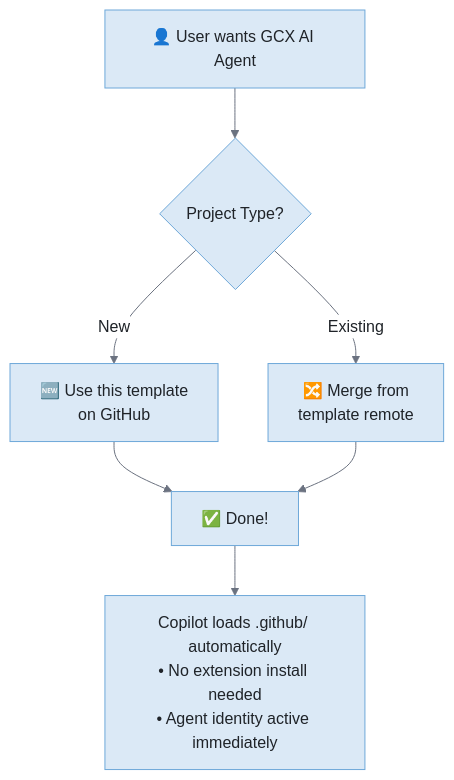
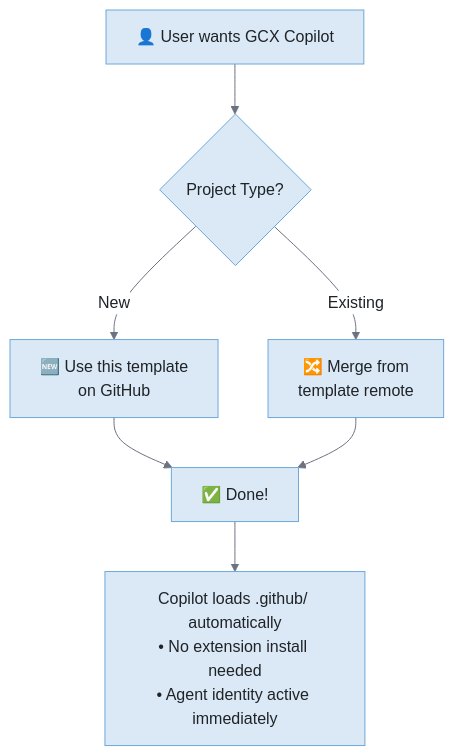
One commit to fabioc-aloha/Alex_Plug_In changed the third of 5 diagrams in alex_docs/platforms/GCX-AI-HEIR-PLAN.md. Above: the diagram before and after it, drawn with Mermaid. The commit also changed other lines of this file and 11 other files, not shown here.

Commit message:
rebrand: GCX AI Agent → GCX Copilot (folder, plan, docs)

````diff
--- a/alex_docs/platforms/GCX-AI-HEIR-PLAN.md
+++ b/alex_docs/platforms/GCX-AI-HEIR-PLAN.md
@@ -472,13 +472,13 @@
 ```mermaid
 %%{init: {'theme': 'base', 'themeVariables': {'background': '#f8f9fa', 'primaryColor': '#dbe9f6', 'primaryTextColor': '#1f2328', 'primaryBorderColor': '#6ea8d9', 'lineColor': '#6b7280', 'secondaryColor': '#d1f5ef', 'secondaryBorderColor': '#5ab5a0', 'tertiaryColor': '#ede7f6', 'tertiaryBorderColor': '#b39ddb', 'edgeLabelBackground': '#ffffff', 'fontFamily': 'Segoe UI, system-ui, sans-serif'}}}%%
 flowchart TB
-    A["👤 User wants GCX AI Agent"] --> B{"Project Type?"}
+    A["👤 User wants GCX Copilot"] --> B{"Project Type?"}
 
     B -->|"New"| C["🆕 Use this template<br/>on GitHub"]
     B -->|"Existing"| D["🔀 Merge from<br/>template remote"]
 
     C --> E["✅ Done!"]
     D --> E
 
     E --> F["Copilot loads .github/ automatically<br/>• No extension install needed<br/>• Agent identity active immediately"]
 ```
````
